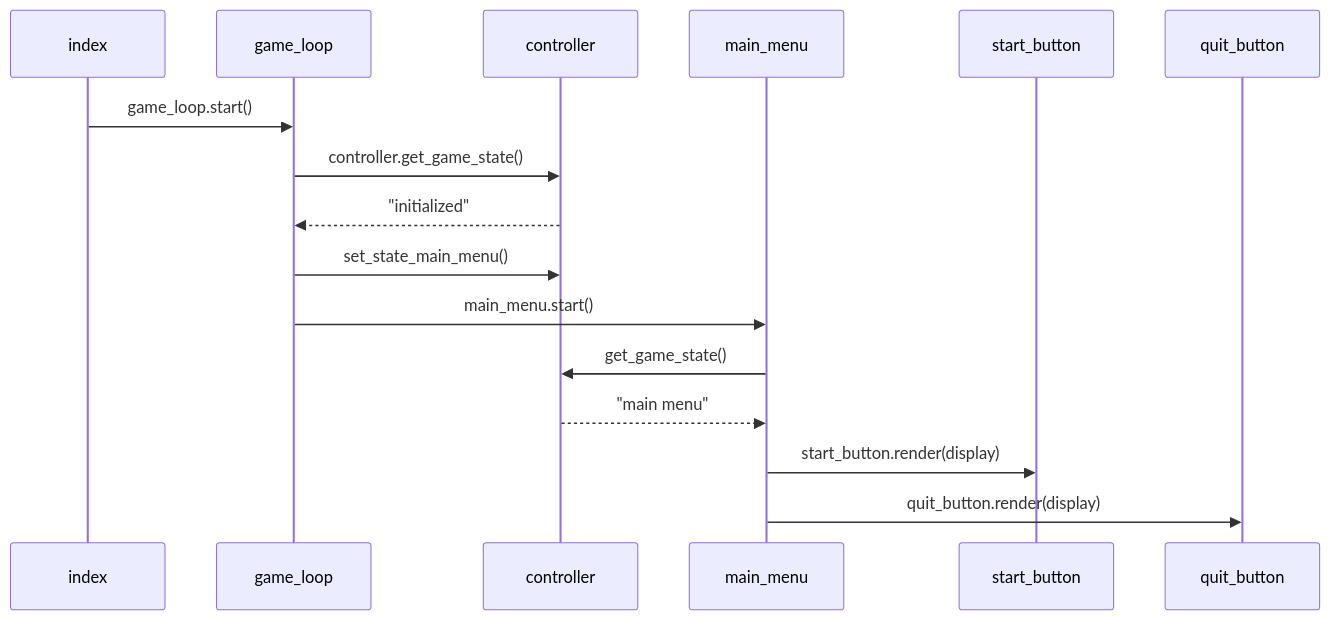
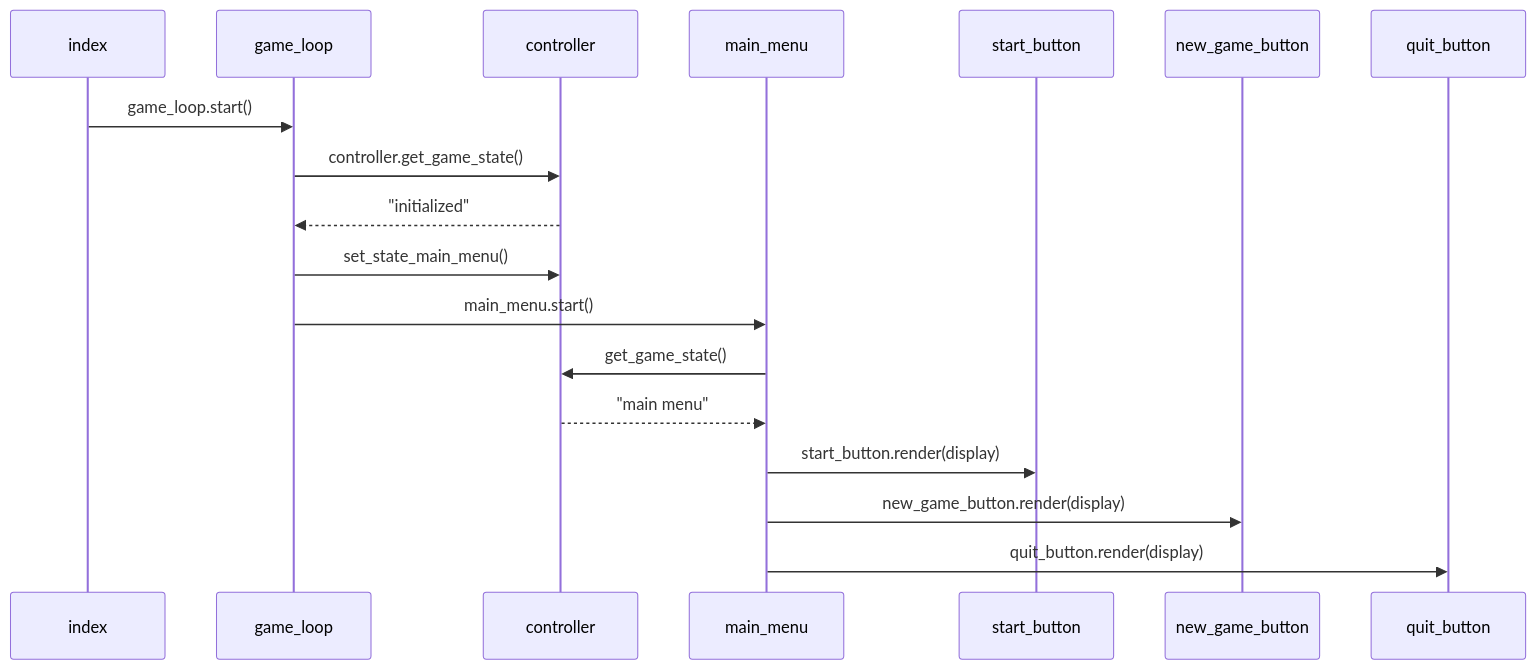
Before and after one commit to user7888/ot-harjoitustyo: the first of 3 diagrams in dokumentaatio/arkkitehtuuri.md, drawn with Mermaid. The commit also changed other lines of this file and 19 other files, not shown here.

````diff
--- a/dokumentaatio/arkkitehtuuri.md
+++ b/dokumentaatio/arkkitehtuuri.md
@@ -49,12 +109,13 @@
 ```mermaid
  sequenceDiagram
       index->>game_loop: game_loop.start()
       game_loop->>controller: controller.get_game_state()
       controller-->>game_loop: "initialized"
       game_loop->>controller: set_state_main_menu()
       game_loop->>main_menu: main_menu.start()
       main_menu->>controller: get_game_state()
       controller-->>main_menu: "main menu"
       main_menu->>start_button: start_button.render(display)
+      main_menu->>new_game_button: new_game_button.render(display)
       main_menu->>quit_button: quit_button.render(display)
 ```
````
